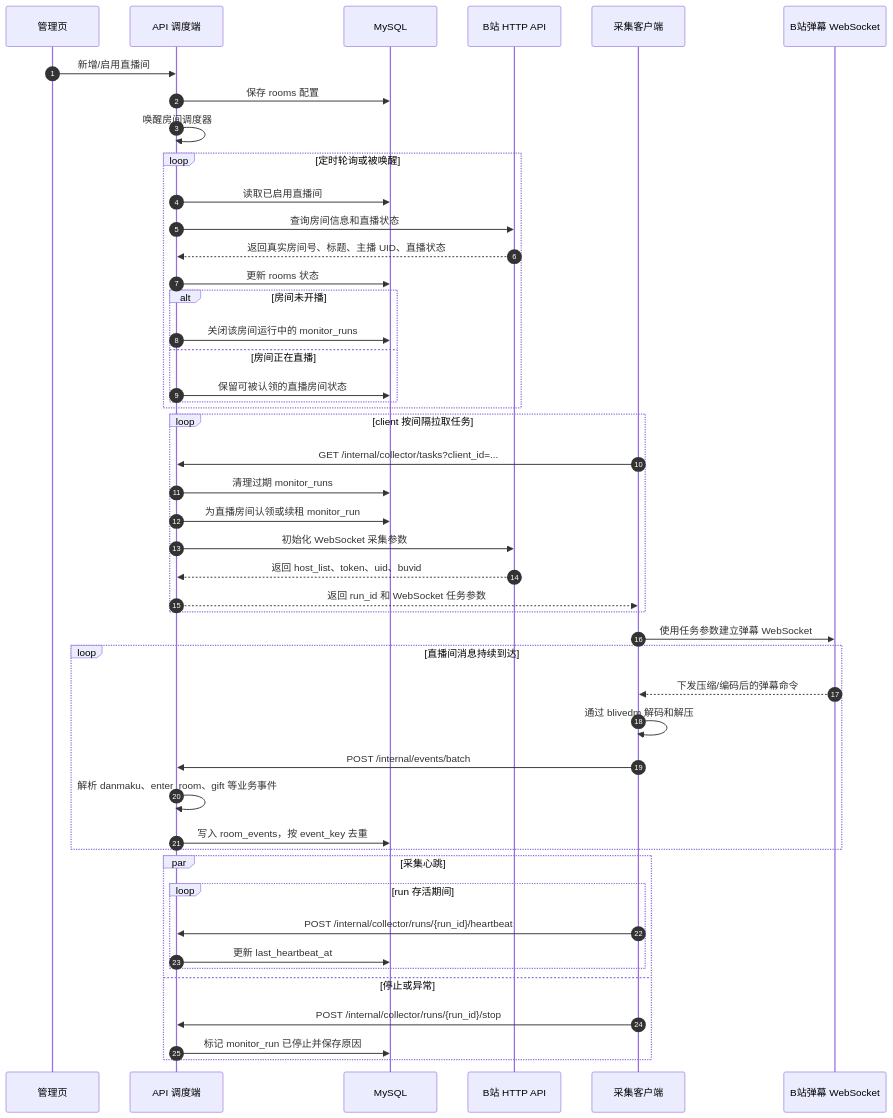
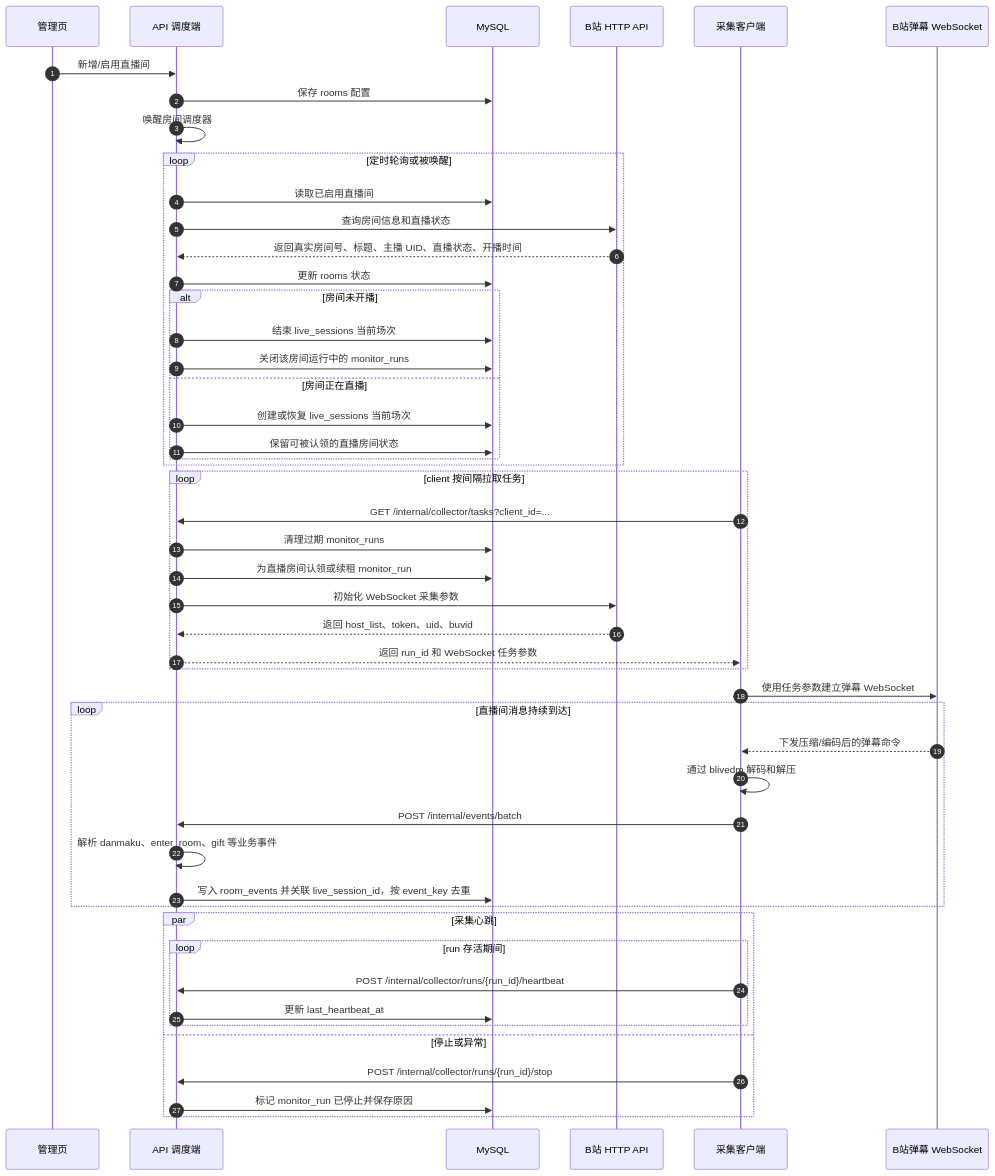
Before and after one commit to lulajax/blivedm: the diagram in README.md, drawn with Mermaid. The commit also changed other lines of this file and 9 other files, not shown here.

Commit message:
feat: track live sessions

````diff
--- a/README.md
+++ b/README.md
@@ -52,54 +53,56 @@
 ```mermaid
 sequenceDiagram
     autonumber
     participant Admin as 管理页
     participant API as API 调度端
     participant DB as MySQL
     participant BiliHTTP as B站 HTTP API
     participant Client as 采集客户端
     participant BiliWS as B站弹幕 WebSocket
 
     Admin->>API: 新增/启用直播间
     API->>DB: 保存 rooms 配置
     API->>API: 唤醒房间调度器
 
     loop 定时轮询或被唤醒
         API->>DB: 读取已启用直播间
         API->>BiliHTTP: 查询房间信息和直播状态
-        BiliHTTP-->>API: 返回真实房间号、标题、主播 UID、直播状态
+        BiliHTTP-->>API: 返回真实房间号、标题、主播 UID、直播状态、开播时间
         API->>DB: 更新 rooms 状态
         alt 房间未开播
+            API->>DB: 结束 live_sessions 当前场次
             API->>DB: 关闭该房间运行中的 monitor_runs
         else 房间正在直播
+            API->>DB: 创建或恢复 live_sessions 当前场次
             API->>DB: 保留可被认领的直播房间状态
         end
     end
 
     loop client 按间隔拉取任务
         Client->>API: GET /internal/collector/tasks?client_id=...
         API->>DB: 清理过期 monitor_runs
         API->>DB: 为直播房间认领或续租 monitor_run
         API->>BiliHTTP: 初始化 WebSocket 采集参数
         BiliHTTP-->>API: 返回 host_list、token、uid、buvid
         API-->>Client: 返回 run_id 和 WebSocket 任务参数
     end
 
     Client->>BiliWS: 使用任务参数建立弹幕 WebSocket
     loop 直播间消息持续到达
         BiliWS-->>Client: 下发压缩/编码后的弹幕命令
         Client->>Client: 通过 blivedm 解码和解压
         Client->>API: POST /internal/events/batch
         API->>API: 解析 danmaku、enter_room、gift 等业务事件
-        API->>DB: 写入 room_events，按 event_key 去重
+        API->>DB: 写入 room_events 并关联 live_session_id，按 event_key 去重
     end
 
     par 采集心跳
         loop run 存活期间
             Client->>API: POST /internal/collector/runs/{run_id}/heartbeat
             API->>DB: 更新 last_heartbeat_at
         end
     and 停止或异常
         Client->>API: POST /internal/collector/runs/{run_id}/stop
         API->>DB: 标记 monitor_run 已停止并保存原因
     end
 ```
````
